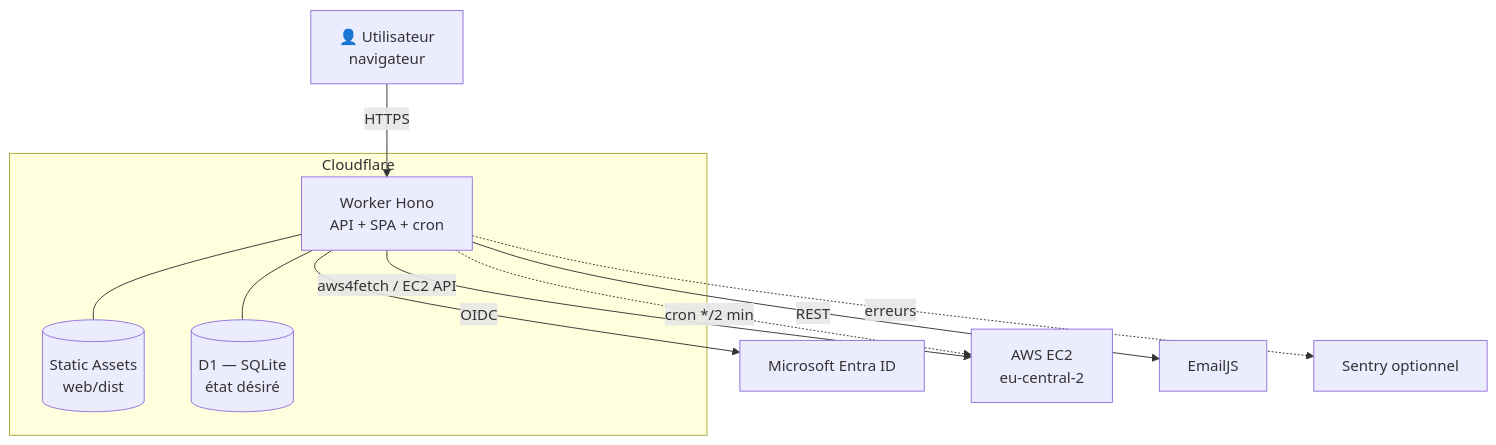
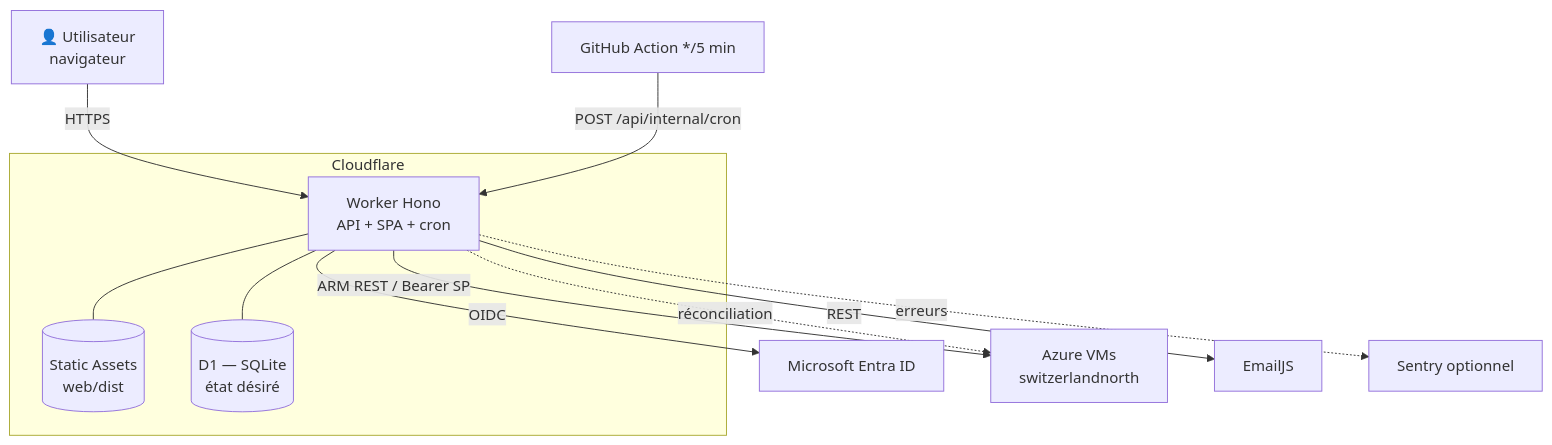
The first of 5 diagrams in docs/ARCHITECTURE.md (Thomas-TP/GIT-VM-Azure), drawn with Mermaid before and after one commit. The commit also changed other lines of this file and 5 other files, not shown here.

First line of the commit message:
docs: adapter CONFIGURATION/DEPLOYMENT/ARCHITECTURE a Azure + ADR 0010

````diff
--- a/docs/ARCHITECTURE.md
+++ b/docs/ARCHITECTURE.md
@@ -15,19 +16,20 @@
 ```mermaid
 flowchart TB
     U[👤 Utilisateur<br/>navigateur] -->|HTTPS| W
 
     subgraph CF[Cloudflare]
         W[Worker Hono<br/>API + SPA + cron]
         A[(Static Assets<br/>web/dist)]
         D[(D1 — SQLite<br/>état désiré)]
         W --- A
         W --- D
     end
 
     W -->|OIDC| E[Microsoft Entra ID]
-    W -->|aws4fetch / EC2 API| AWS[AWS EC2<br/>eu-central-2]
+    W -->|ARM REST / Bearer SP| AZ[Azure VMs<br/>switzerlandnorth]
     W -->|REST| M[EmailJS]
     W -.->|erreurs| S[Sentry optionnel]
 
-    W -. cron */2 min .-> AWS
+    G[GitHub Action */5 min] -->|POST /api/internal/cron| W
+    W -. réconciliation .-> AZ
 ```
````
